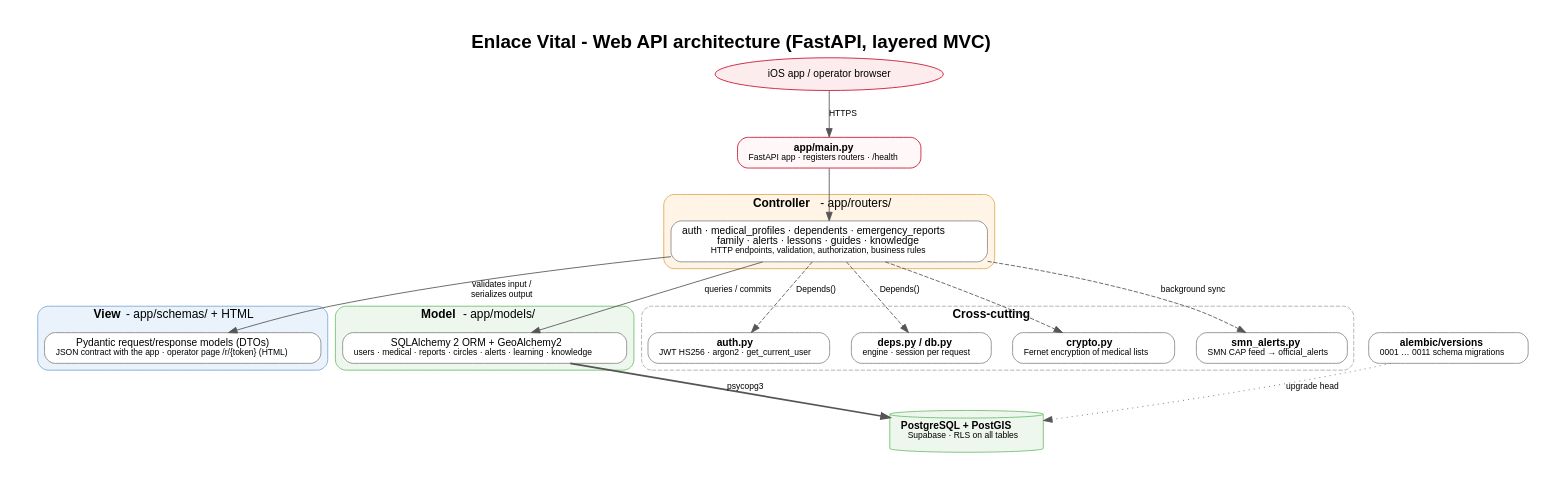
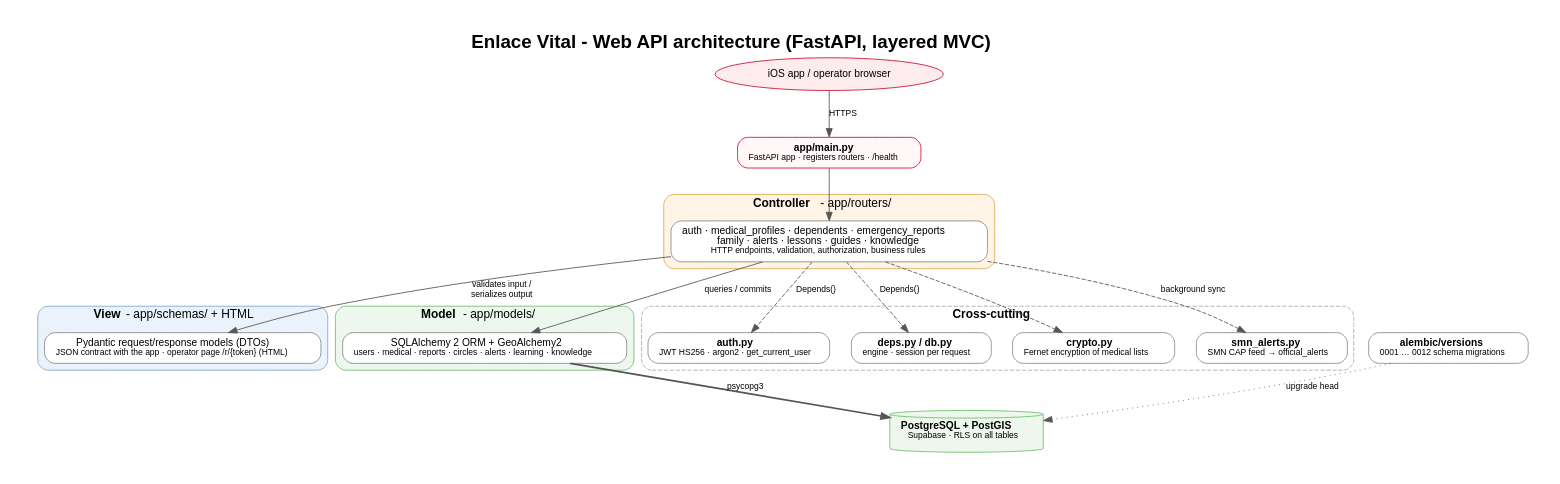
One commit to Fernando94654/Cruz-Roja-App changed the diagram in docs/architecture/src/04-backend-architecture.dot. Above: the diagram before and after it, drawn with Graphviz. The commit also changed 8 other files, not shown here.

Commit message:
Add kb_chunks topic column to architecture docs (#103)

```diff
--- a/docs/architecture/src/04-backend-architecture.dot
+++ b/docs/architecture/src/04-backend-architecture.dot
@@ -1,43 +1,43 @@
 // Render with: dot -Tpng -Gdpi=200 04-backend-architecture.dot -o ../png/04-backend-architecture.png
 digraph backend {
   graph [rankdir=TB, fontname="Helvetica", nodesep=0.35, ranksep=0.6, pad=0.4,
          label=<<b>Enlace Vital - Web API architecture (FastAPI, layered MVC)</b>>, labelloc=t, fontsize=22];
   node [shape=box, style="rounded,filled", fillcolor=white, color="#888888", fontname="Helvetica", fontsize=12, margin="0.18,0.10"];
   edge [fontname="Helvetica", fontsize=10, color="#555555"];
 
   client [label="iOS app / operator browser", shape=ellipse, fillcolor="#FDECEE", color="#C8102E"];
   main [label=<<b>app/main.py</b><br/><font point-size="10">FastAPI app · registers routers · /health</font>>, fillcolor="#FFF7F8", color="#C8102E"];
 
   subgraph cluster_c {
     label=<<b>Controller</b> - app/routers/>; fontsize=14; style="rounded,filled"; fillcolor="#FFF4E5"; color="#E0A84F";
     routers [label=<auth · medical_profiles · dependents · emergency_reports<br/>family · alerts · lessons · guides · knowledge<br/><font point-size="10">HTTP endpoints, validation, authorization, business rules</font>>];
   }
   subgraph cluster_v {
     label=<<b>View</b> - app/schemas/ + HTML>; fontsize=14; style="rounded,filled"; fillcolor="#EAF3FB"; color="#7AA7D6";
     schemas [label=<Pydantic request/response models (DTOs)<br/><font point-size="10">JSON contract with the app · operator page /r/{token} (HTML)</font>>];
   }
   subgraph cluster_m {
     label=<<b>Model</b> - app/models/>; fontsize=14; style="rounded,filled"; fillcolor="#EEF7EE"; color="#6DBF6D";
     models [label=<SQLAlchemy 2 ORM + GeoAlchemy2<br/><font point-size="10">users · medical · reports · circles · alerts · learning · knowledge</font>>];
   }
   subgraph cluster_x {
     label=<<b>Cross-cutting</b>>; fontsize=14; style="rounded,dashed"; color="#AAAAAA";
     auth [label=<<b>auth.py</b><br/><font point-size="10">JWT HS256 · argon2 · get_current_user</font>>];
     deps [label=<<b>deps.py / db.py</b><br/><font point-size="10">engine · session per request</font>>];
     crypto [label=<<b>crypto.py</b><br/><font point-size="10">Fernet encryption of medical lists</font>>];
     smn [label=<<b>smn_alerts.py</b><br/><font point-size="10">SMN CAP feed → official_alerts</font>>];
   }
-  alembic [label=<<b>alembic/versions</b><br/><font point-size="10">0001 … 0011 schema migrations</font>>];
+  alembic [label=<<b>alembic/versions</b><br/><font point-size="10">0001 … 0012 schema migrations</font>>];
   db [label=<<b>PostgreSQL + PostGIS</b><br/><font point-size="10">Supabase · RLS on all tables</font>>, shape=cylinder, fillcolor="#EEF7EE", color="#6DBF6D"];
 
   client -> main [label="HTTPS"];
   main -> routers;
   routers -> schemas [label="validates input /\nserializes output"];
   routers -> models [label="queries / commits"];
   routers -> auth [style=dashed, label="Depends()"];
   routers -> deps [style=dashed, label="Depends()"];
   routers -> crypto [style=dashed];
   routers -> smn [style=dashed, label="background sync"];
   models -> db [label="psycopg3", penwidth=2];
   alembic -> db [style=dotted, label="upgrade head"];
 }
```
